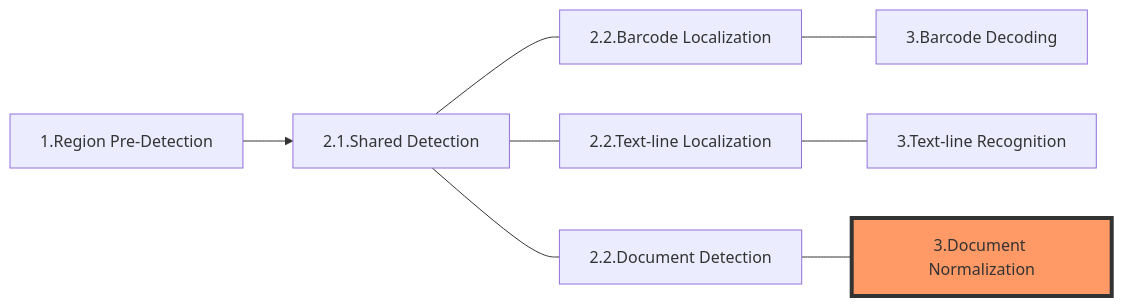
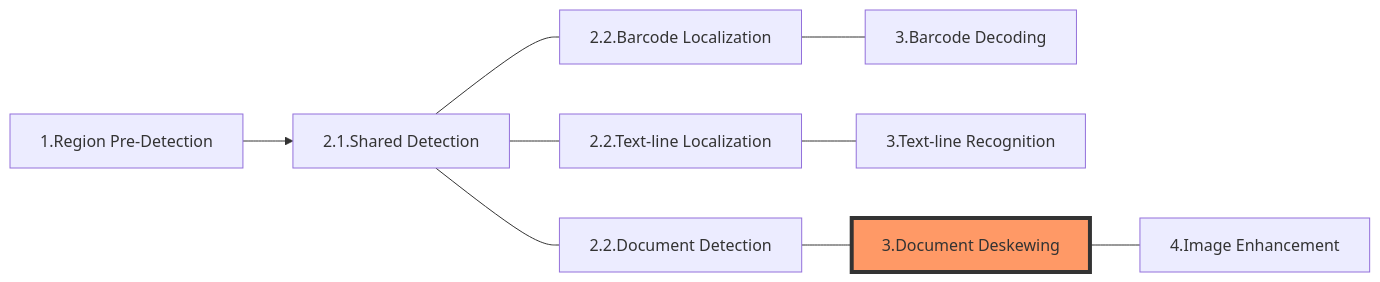
One commit to dynamsoft-docs/capture-vision-docs changed the diagram in architecture/image-processing/document-normalization.md. Above: the diagram before and after it, drawn with Mermaid. The commit also changed other lines of this file and 157 other files, not shown here.

````diff
--- a/architecture/image-processing/document-normalization.md
+++ b/architecture/image-processing/document-normalization.md
@@ -15,11 +13,12 @@
 ```mermaid
 flowchart LR;
      A[1.Region Pre-Detection]-->C[2.1.Shared Detection]
      C---D[2.2.Barcode Localization]
      C---E[2.2.Text-line Localization]
      C---F[2.2.Document Detection]
      D---G[3.Barcode Decoding]
      E---H[3.Text-line Recognition]
-     F---I[3.Document Normalization]
+     F---I[3.Document Deskewing]
+     I---J[4.Image Enhancement]
      style I fill:#f96,stroke:#333,stroke-width:4px
 ```
````
